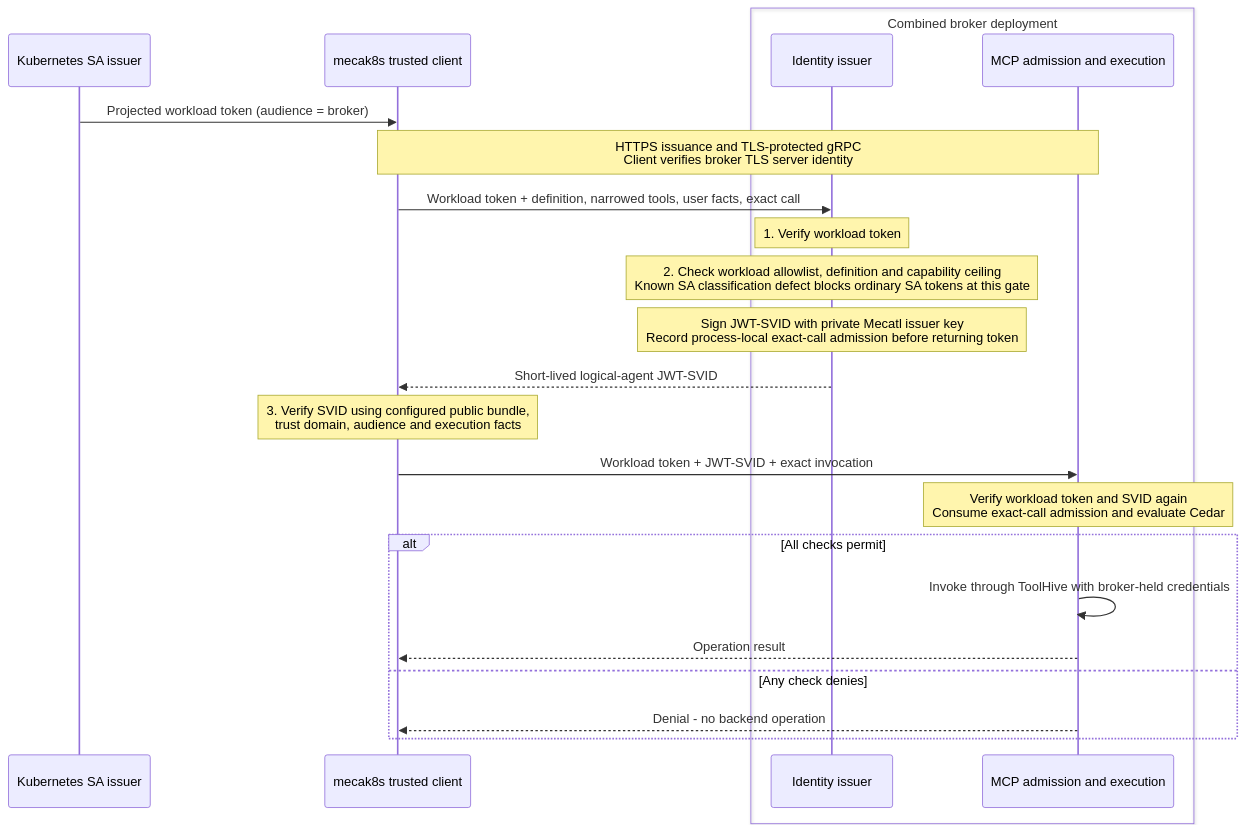
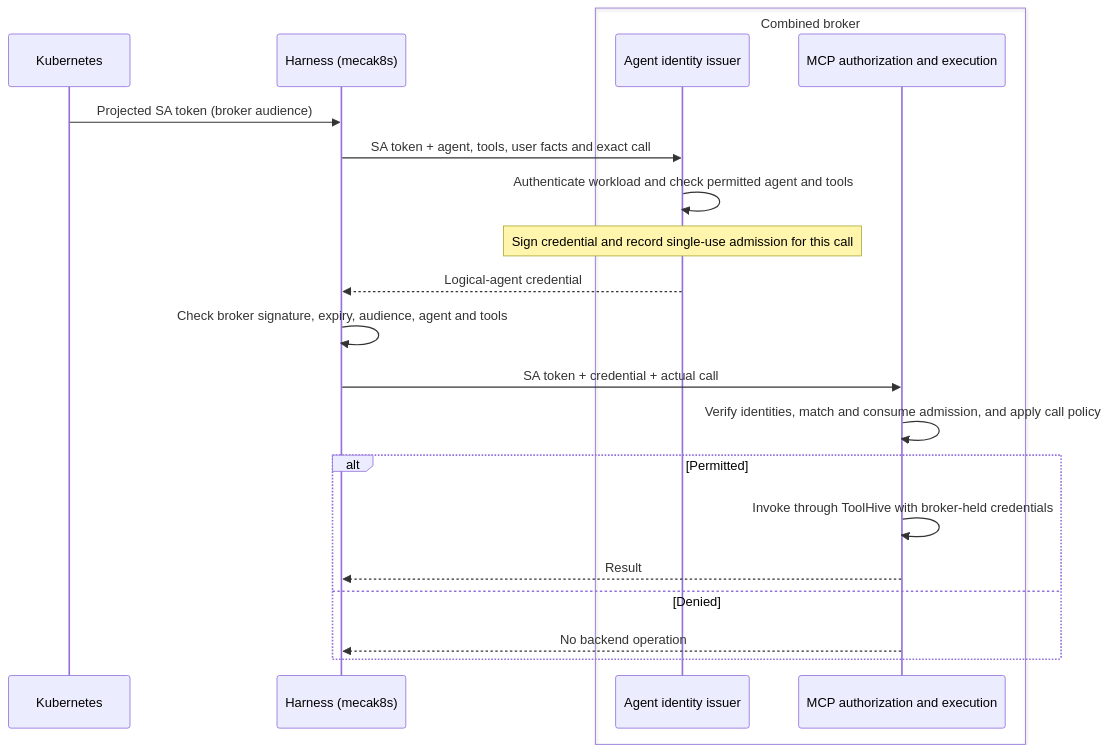
Before and after one commit to stacklok/mecatl: the second of 4 diagrams in docs/agent-authority.md, drawn with Mermaid. The commit also changed other lines of this file, not shown here.

````diff
--- a/docs/agent-authority.md
+++ b/docs/agent-authority.md
@@ -109,26 +217,24 @@
 ```mermaid
 sequenceDiagram
-    participant K as Kubernetes SA issuer
-    participant H as mecak8s trusted client
-    box Combined broker deployment
-        participant I as Identity issuer
-        participant R as MCP admission and execution
+    participant K as Kubernetes
+    participant H as Harness (mecak8s)
+    box Combined broker
+        participant I as Agent identity issuer
+        participant R as MCP authorization and execution
     end
 
-    K->>H: Projected workload token (audience = broker)
-    Note over H,R: HTTPS issuance and TLS-protected gRPC<br/>Client verifies broker TLS server identity
-    H->>I: Workload token + definition, narrowed tools, user facts, exact call
-    Note over I: 1. Verify workload token
-    Note over I: 2. Check workload allowlist, definition and capability ceiling<br/>Known SA classification defect blocks ordinary SA tokens at this gate
-    Note over I: Sign JWT-SVID with private Mecatl issuer key<br/>Record process-local exact-call admission before returning token
-    I-->>H: Short-lived logical-agent JWT-SVID
-    Note over H: 3. Verify SVID using configured public bundle,<br/>trust domain, audience and execution facts
-    H->>R: Workload token + JWT-SVID + exact invocation
-    Note over R: Verify workload token and SVID again<br/>Consume exact-call admission and evaluate Cedar
-    alt All checks permit
+    K->>H: Projected SA token (broker audience)
+    H->>I: SA token + agent, tools, user facts and exact call
+    I->>I: Authenticate workload and check permitted agent and tools
+    Note over I: Sign credential and record single-use admission for this call
+    I-->>H: Logical-agent credential
+    H->>H: Check broker signature, expiry, audience, agent and tools
+    H->>R: SA token + credential + actual call
+    R->>R: Verify identities, match and consume admission, and apply call policy
+    alt Permitted
         R->>R: Invoke through ToolHive with broker-held credentials
-        R-->>H: Operation result
-    else Any check denies
-        R-->>H: Denial - no backend operation
+        R-->>H: Result
+    else Denied
+        R-->>H: No backend operation
     end
 ```
````
